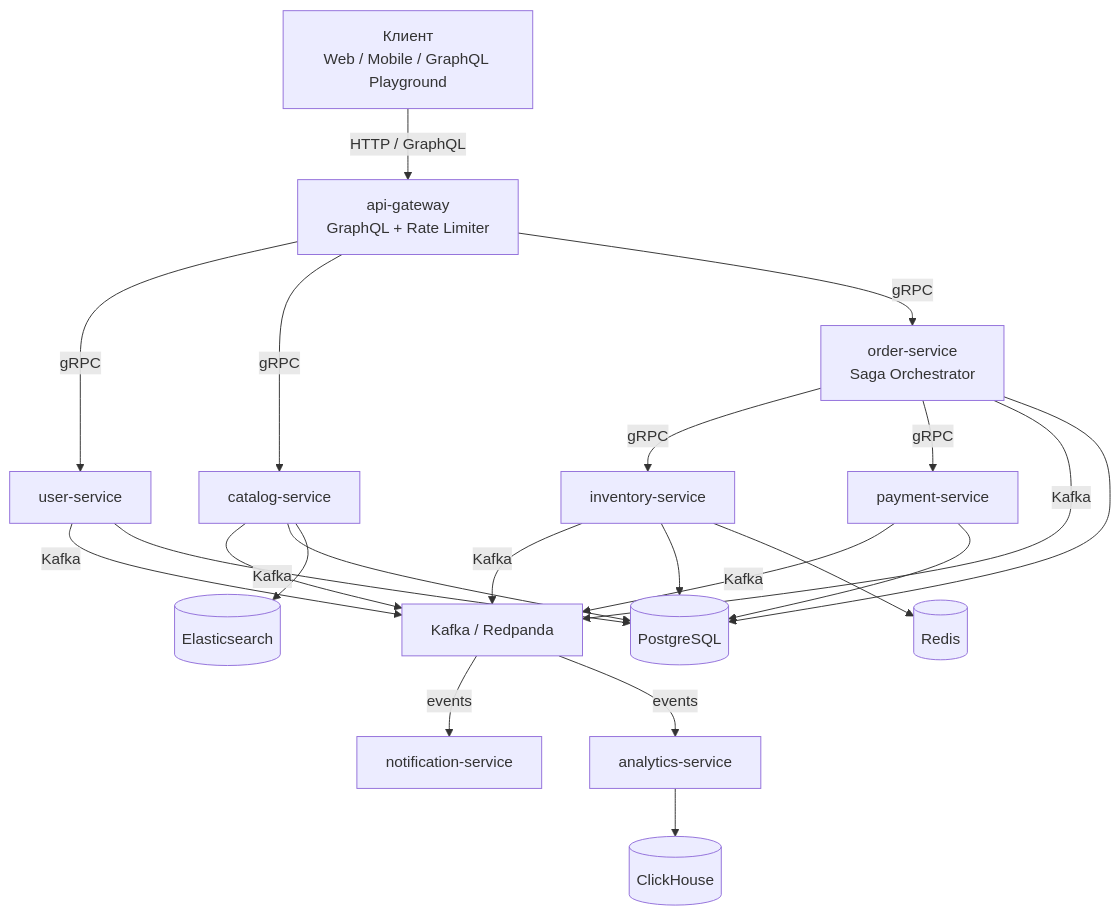
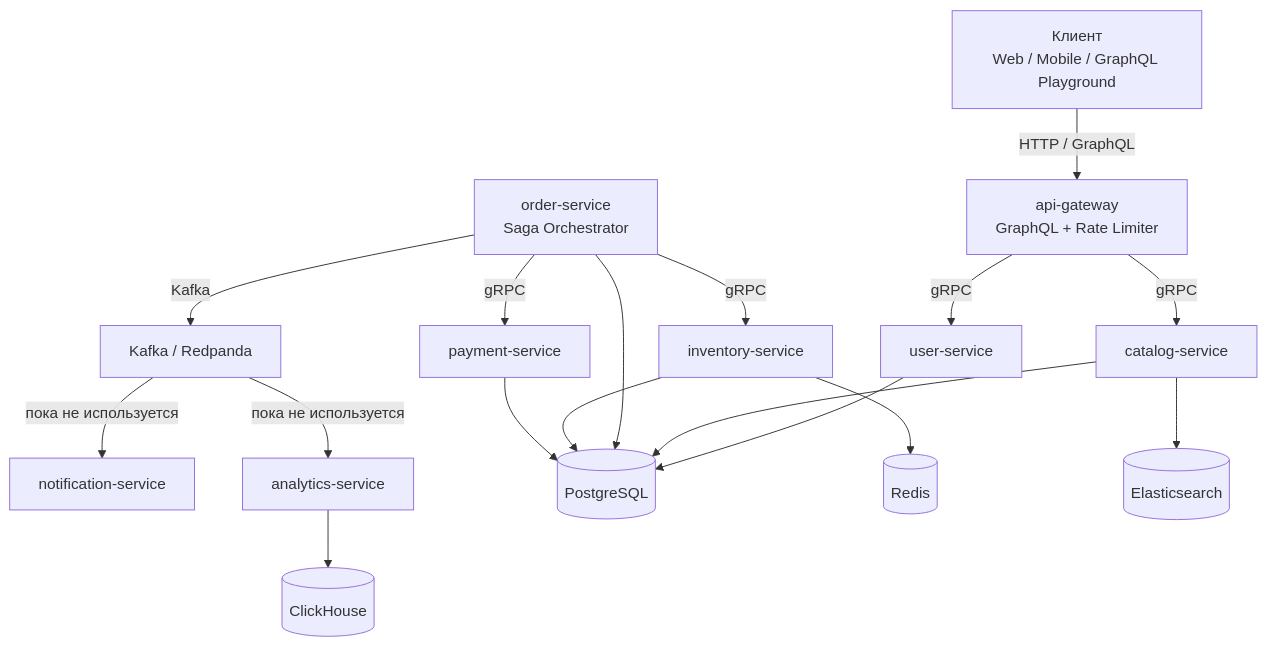
Before and after one commit to ekhodzitsky/go-ozon-marketplace: the diagram in README.md, drawn with Mermaid. The commit also changed other lines of this file and 14 other files, not shown here.

````diff
--- a/README.md
+++ b/README.md
@@ -16,39 +15,30 @@
 ```mermaid
 graph TB
     Client[Клиент<br/>Web / Mobile / GraphQL Playground]
     AG[api-gateway<br/>GraphQL + Rate Limiter]
     US[user-service]
     CS[catalog-service]
     OS[order-service<br/>Saga Orchestrator]
     IS[inventory-service]
     PS[payment-service]
     NS[notification-service]
     AS[analytics-service]
     Kafka[Kafka / Redpanda]
     PG[(PostgreSQL)]
     Redis[(Redis)]
     ES[(Elasticsearch)]
     CH[(ClickHouse)]
 
     Client -->|HTTP / GraphQL| AG
     AG -->|gRPC| US
     AG -->|gRPC| CS
-    AG -->|gRPC| OS
     OS -->|gRPC| IS
     OS -->|gRPC| PS
     OS -->|Kafka| Kafka
-    IS -->|Kafka| Kafka
-    PS -->|Kafka| Kafka
-    CS -->|Kafka| Kafka
-    US -->|Kafka| Kafka
-    Kafka -->|events| NS
-    Kafka -->|events| AS
-    US --> PG
-    CS --> PG
+    US & CS & OS & IS & PS --> PG
+    IS --> Redis
     CS --> ES
-    OS --> PG
-    IS --> PG
-    IS --> Redis
-    PS --> PG
     AS --> CH
+    Kafka -->|пока не используется| NS
+    Kafka -->|пока не используется| AS
 ```
````
